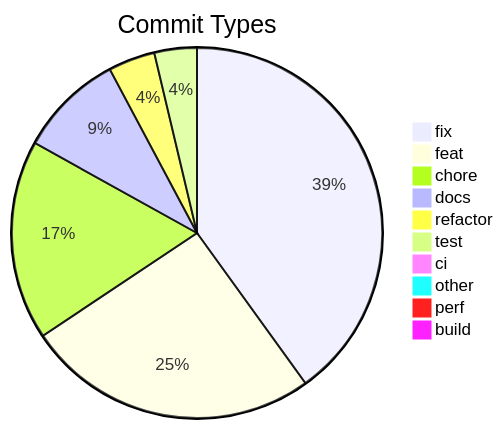
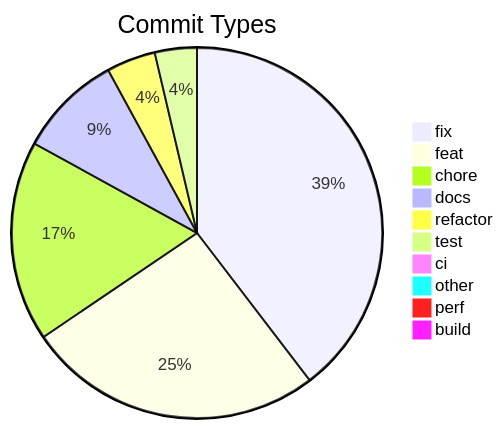
Before and after one commit to svenroth-ai/shipwright-webui: the diagram in .shipwright/compliance/change-history.md, drawn with Mermaid. The commit also changed other lines of this file and 27 other files, not shown here.

````diff
--- a/.shipwright/compliance/change-history.md
+++ b/.shipwright/compliance/change-history.md
@@ -10,13 +10,13 @@
 ```mermaid
 pie title Commit Types
     "fix" : 324
-    "feat" : 207
-    "chore" : 141
+    "feat" : 212
+    "chore" : 143
     "docs" : 74
-    "refactor" : 33
+    "refactor" : 35
     "test" : 30
     "ci" : 8
     "other" : 6
     "perf" : 5
     "build" : 1
 ```
````
